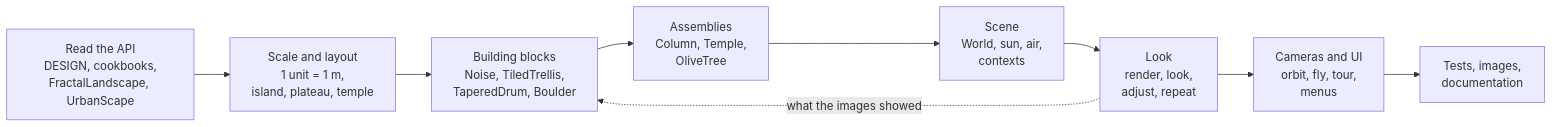
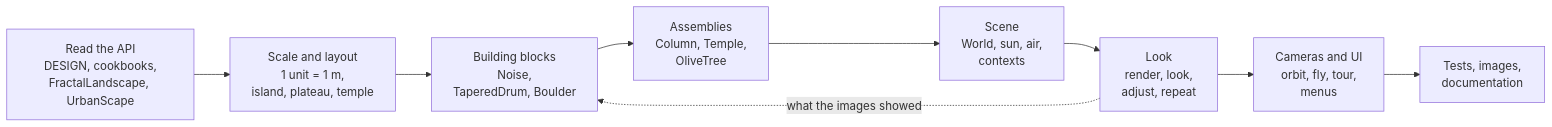
Before and after one commit to obarry/Aventura: the first of 4 diagrams in docs/TEMPLE_RUINS.md, drawn with Mermaid. The commit also changed other lines of this file and 17 other files, not shown here.

````diff
--- a/docs/TEMPLE_RUINS.md
+++ b/docs/TEMPLE_RUINS.md
@@ -85,11 +85,11 @@
 ```mermaid
 flowchart LR
     A["Read the API<br/>DESIGN, cookbooks,<br/>FractalLandscape, UrbanScape"] --> B["Scale and layout<br/>1 unit = 1 m,<br/>island, plateau, temple"]
-    B --> C["Building blocks<br/>Noise, TiledTrellis,<br/>TaperedDrum, Boulder"]
+    B --> C["Building blocks<br/>Noise,<br/>TaperedDrum, Boulder"]
     C --> D["Assemblies<br/>Column, Temple,<br/>OliveTree"]
     D --> E["Scene<br/>World, sun, air,<br/>contexts"]
     E --> F["Look<br/>render, look,<br/>adjust, repeat"]
     F --> G["Cameras and UI<br/>orbit, fly, tour,<br/>menus"]
     G --> H["Tests, images,<br/>documentation"]
     F -. "what the images showed" .-> C
 ```
````
